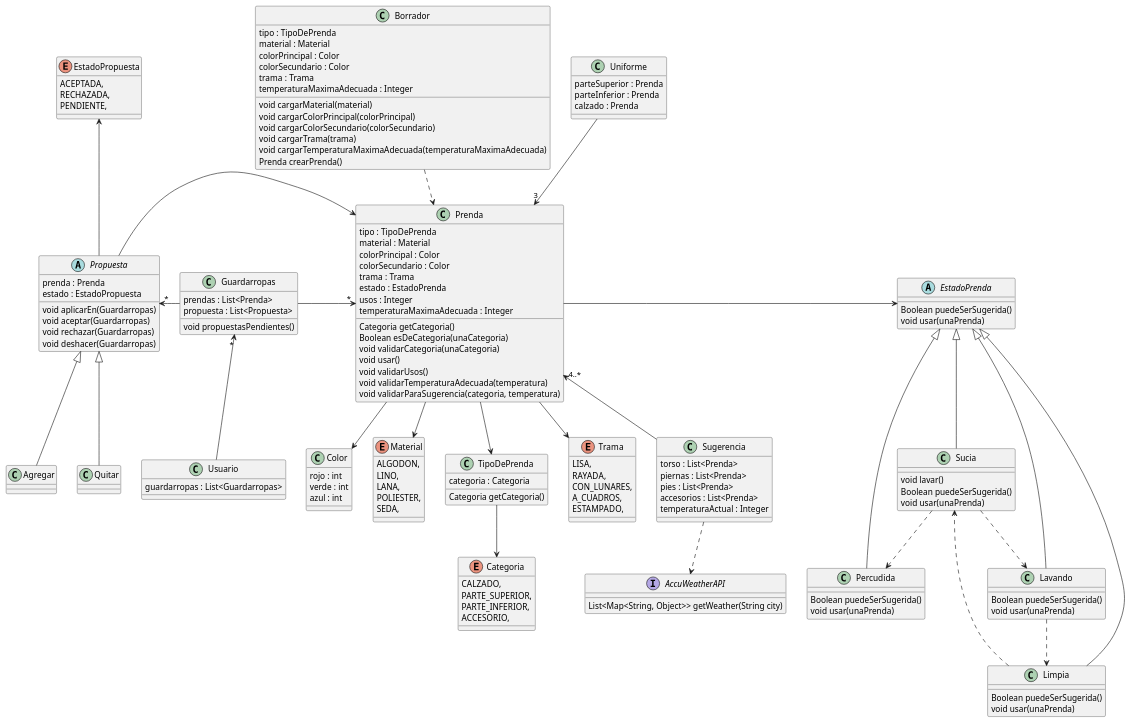
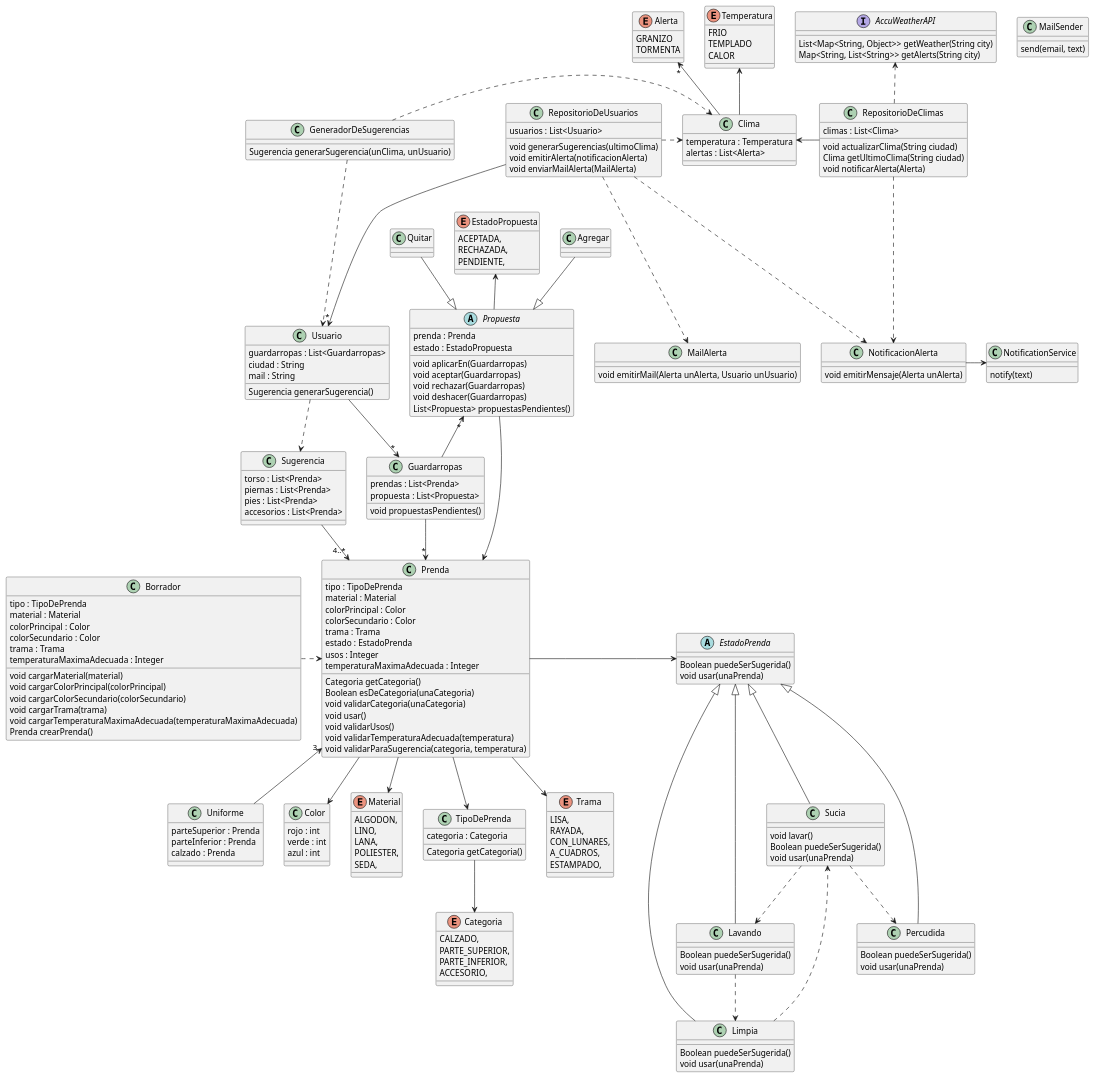
One commit to mbeorlegui/que-me-pongo changed the diagram in diagrama.puml. Above: the diagram before and after it, drawn with PlantUML. The commit also changed 2 other files, not shown here.

Commit message:
Acomodo el diagrama QMP6, falta pseudocodigo

```diff
--- a/diagrama.puml
+++ b/diagrama.puml
@@ -1,4 +1,4 @@
-@startuml QMP5
+@startuml QMP6
 
 class Prenda {
   tipo : TipoDePrenda
@@ -95,8 +95,8 @@
   calzado : Prenda
 }
 
-Borrador .down.> Prenda
-Uniforme -->"3" Prenda
+Borrador .right.> Prenda
+Uniforme -up->"3" Prenda
 
 
 class Sugerencia {
@@ -104,11 +104,10 @@
   piernas : List<Prenda>
   pies : List<Prenda>
   accesorios : List<Prenda>
-  temperaturaActual : Integer
 }
 
 
-Sugerencia -up-> "4..*" Prenda
+Sugerencia -down-> "4..*" Prenda
 
 
 ' Para la segunda parte usamos el patron State
@@ -164,6 +163,9 @@
 
 class Usuario {
   guardarropas : List<Guardarropas>
+  ciudad : String
+  mail : String
+  Sugerencia generarSugerencia()
 }
 
 abstract class Propuesta {
@@ -173,6 +175,7 @@
   void aceptar(Guardarropas)
   void rechazar(Guardarropas)
   void deshacer(Guardarropas)
+  List<Propuesta> propuestasPendientes()
 }
 
 class Agregar {
@@ -187,19 +190,89 @@
   PENDIENTE,
 }
 
-Guardarropas -right-> "*" Prenda
-Usuario -up-> "*" Guardarropas
-Guardarropas -left-> "*" Propuesta
+Guardarropas --> "*" Prenda
+Usuario --> "*" Guardarropas
+Guardarropas -up-> "*" Propuesta
 Propuesta -up-> EstadoPropuesta
-Propuesta -right-> Prenda
+Propuesta --> Prenda
 
-Agregar -up-|> Propuesta
-Quitar -up-|> Propuesta
+Agregar --|> Propuesta
+Quitar --|> Propuesta
 
 interface AccuWeatherAPI {
   List<Map<String, Object>> getWeather(String city)
+  Map<String, List<String>> getAlerts(String city)
 }
 
-Sugerencia ..> AccuWeatherAPI
+GeneradorDeSugerencias .right.> Clima
+RepositorioDeClimas .up.> AccuWeatherAPI
+
+class RepositorioDeUsuarios{
+  usuarios : List<Usuario>
+  void generarSugerencias(ultimoClima)
+  void emitirAlerta(notificacionAlerta)
+  void enviarMailAlerta(MailAlerta)
+}
+
+RepositorioDeUsuarios -down-> "*" Usuario
+RepositorioDeUsuarios .right.> Clima
+
+class Clima {
+  temperatura : Temperatura
+  alertas : List<Alerta>
+}
+
+enum Temperatura {
+  FRIO
+  TEMPLADO
+  CALOR
+}
+
+enum Alerta {
+  GRANIZO
+  TORMENTA
+}
+
+class RepositorioDeClimas {
+  climas : List<Clima>
+  void actualizarClima(String ciudad)
+  Clima getUltimoClima(String ciudad)
+  void notificarAlerta(Alerta)
+}
+
+class GeneradorDeSugerencias {
+  Sugerencia generarSugerencia(unClima, unUsuario)
+}
+
+Clima -up-> "*" Alerta
+Clima -up-> Temperatura
+RepositorioDeClimas -left-> Clima
+' RepositorioDeClimas ...> RepositorioDeUsuarios
+GeneradorDeSugerencias ...> Usuario
+' Usuario ..> GeneradorDeSugerencias
+
+Usuario ..> Sugerencia
+
+class NotificacionAlerta {
+  void emitirMensaje(Alerta unAlerta)
+}
+
+class NotificationService{
+  notify(text)
+}
+
+RepositorioDeClimas ...> NotificacionAlerta
+NotificacionAlerta -> NotificationService
+RepositorioDeUsuarios ...> NotificacionAlerta
+
+class MailAlerta{
+  void emitirMail(Alerta unAlerta, Usuario unUsuario)
+}
+
+class MailSender{
+  send(email, text)
+}
+
+RepositorioDeUsuarios ...> MailAlerta
 
 @enduml
```
